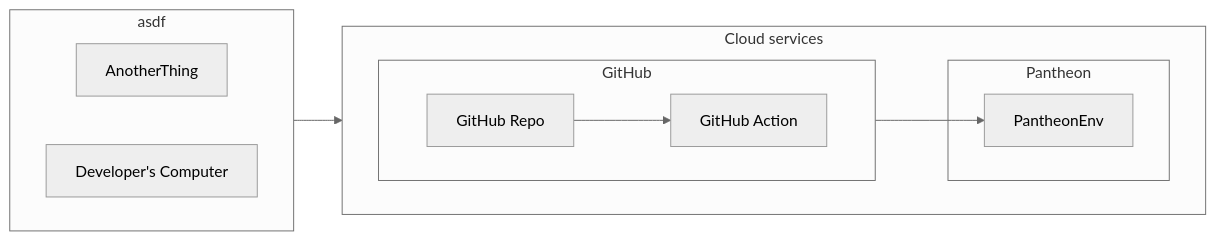
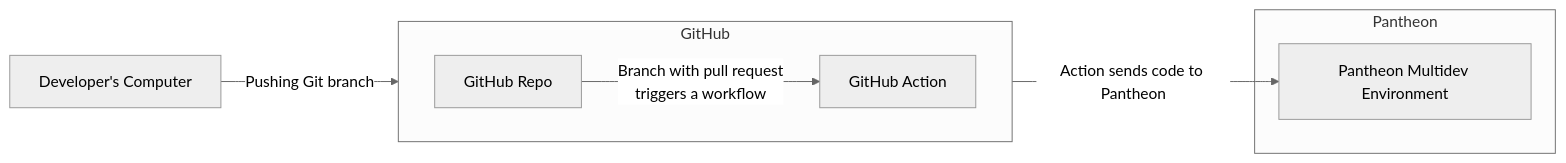
Before and after one commit to pantheon-systems/push-to-pantheon: the diagram in readme.md, drawn with Mermaid (neutral theme).

Commit message:
starting on mermaid

````diff
--- a/readme.md
+++ b/readme.md
@@ -9,35 +9,20 @@
 ```mermaid
 
+  flowchart LR
 
-flowchart LR
-
- subgraph Cloud["Cloud services"]
-    direction LR
-            GitHubAction --> PantheonEnv
 
              subgraph GitHub["GitHub"]
                direction LR
-               GitHubRepo["GitHub Repo"] --> GitHubAction["GitHub Action"]
+               GitHubRepo["GitHub Repo"]-->|"Branch with pull request<br>triggers a workflow"|GitHubAction["GitHub Action"]
               end
 
             subgraph Pantheon["Pantheon"]
-                PantheonEnv["PantheonEnv"]
+                PantheonEnv["Pantheon Multidev Environment"]
             end
+
+     GitHubAction -->|"Action sends code to Pantheon"| PantheonEnv
 
 
 
-
-  end
-
-
-            subgraph asdf
-               direction LR
-               AnotherThing
-               Laptop["Developer's Computer"] --> GitHubRepo
-            end
-
-
-
-
-
+  Laptop["Developer's Computer"]-->|"Pushing Git branch"|GitHubRepo
 ```
````
